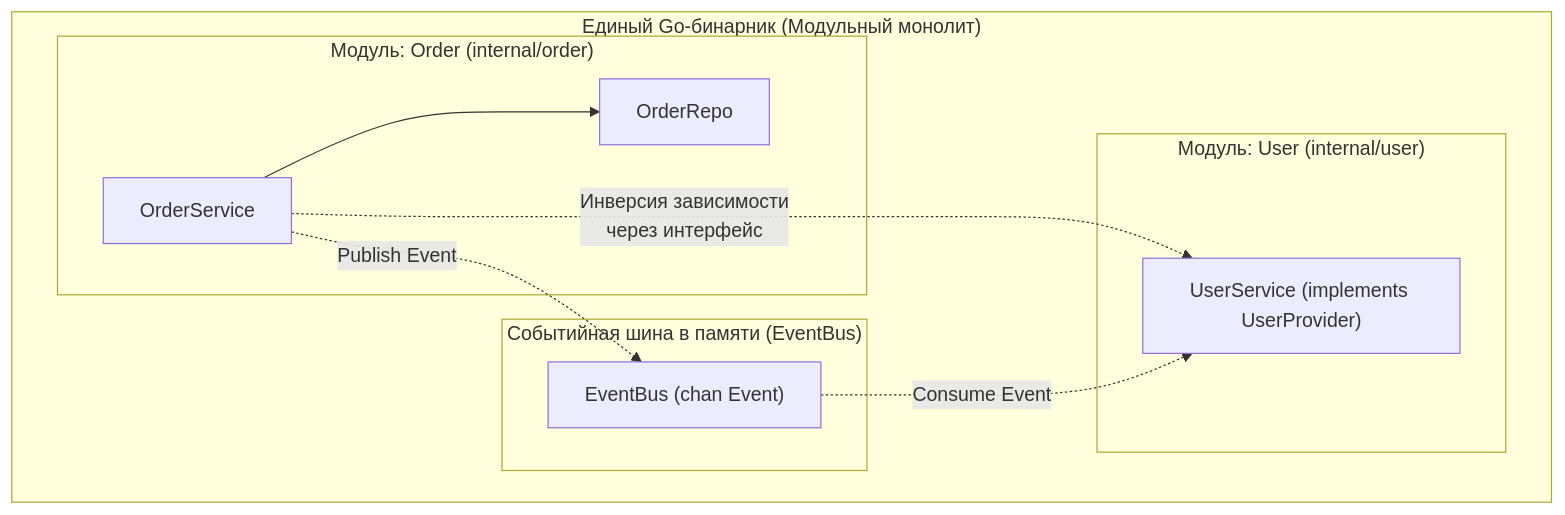
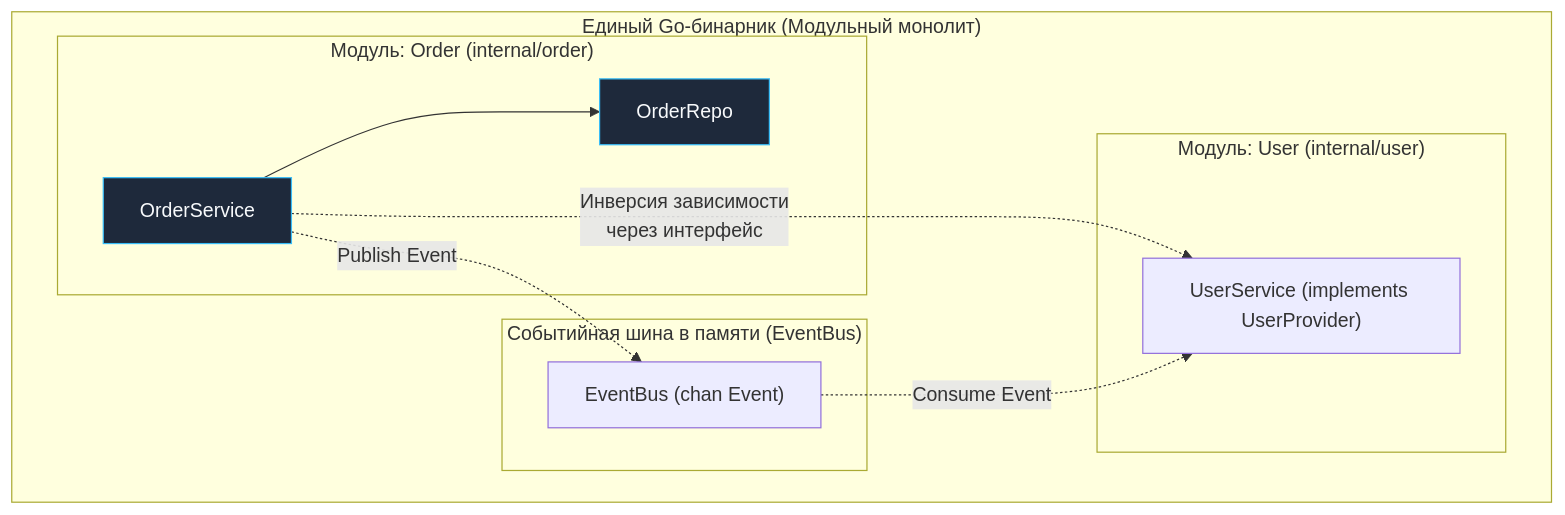
The third of 3 diagrams in sources/11. Архитектура и System Design/8. Монолит. Когда он хорош и когда становится проблемой.md (UnrealTemplier/go-textbook), drawn with Mermaid before and after one commit. The commit also changed other lines of this file and 1666 other files, not shown here.

First line of the commit message:
feat(mermaid): add semantic color classDef to 1369 colorless flowchart/graph diagrams

````diff
--- a/sources/11. Архитектура и System Design/8. Монолит. Когда он хорош и когда становится проблемой.md
+++ b/sources/11. Архитектура и System Design/8. Монолит. Когда он хорош и когда становится проблемой.md
@@ -203,22 +223,32 @@
 ```mermaid
 flowchart TD
+    classDef process  fill:#1e293b,stroke:#38bdf8,stroke-width:1px,color:#f8fafc
+    classDef success  fill:#064e3b,stroke:#34d399,stroke-width:1px,color:#f8fafc
+    classDef error    fill:#7f1d1d,stroke:#f87171,stroke-width:1px,color:#f8fafc
+    classDef warning  fill:#78350f,stroke:#fbbf24,stroke-width:1px,color:#f8fafc
+    classDef entry    fill:#1e3a5f,stroke:#38bdf8,stroke-width:2px,color:#f8fafc
+    classDef aux      fill:#334155,stroke:#64748b,stroke-width:1px,color:#f8fafc
+    classDef system   fill:#312e81,stroke:#a78bfa,stroke-width:1px,color:#f8fafc
+    classDef data     fill:#132d29,stroke:#2dd4bf,stroke-width:1px,color:#f8fafc
+    classDef network  fill:#881337,stroke:#fb7185,stroke-width:1px,color:#f8fafc
+    classDef accent   fill:#1e1b4b,stroke:#818cf8,stroke-width:1px,color:#f8fafc
     subgraph MonolithProcess["Единый Go-бинарник (Модульный монолит)"]
         subgraph OrderDomain["Модуль: Order (internal/order)"]
-            OS["OrderService"]
-            OR["OrderRepo"]
+            OS["OrderService"]:::process
+            OR["OrderRepo"]:::process
             OS --> OR
         end
         
         subgraph UserDomain["Модуль: User (internal/user)"]
             US["UserService (implements UserProvider)"]
         end
         
         subgraph InProcessBus["Событийная шина в памяти (EventBus)"]
             Bus["EventBus (chan Event)"]
         end
         
         OS -.->|"Инверсия зависимости\nчерез интерфейс"| US
         OS -.->|"Publish Event"| Bus
         Bus -.->|"Consume Event"| US
     end
 ```
````
